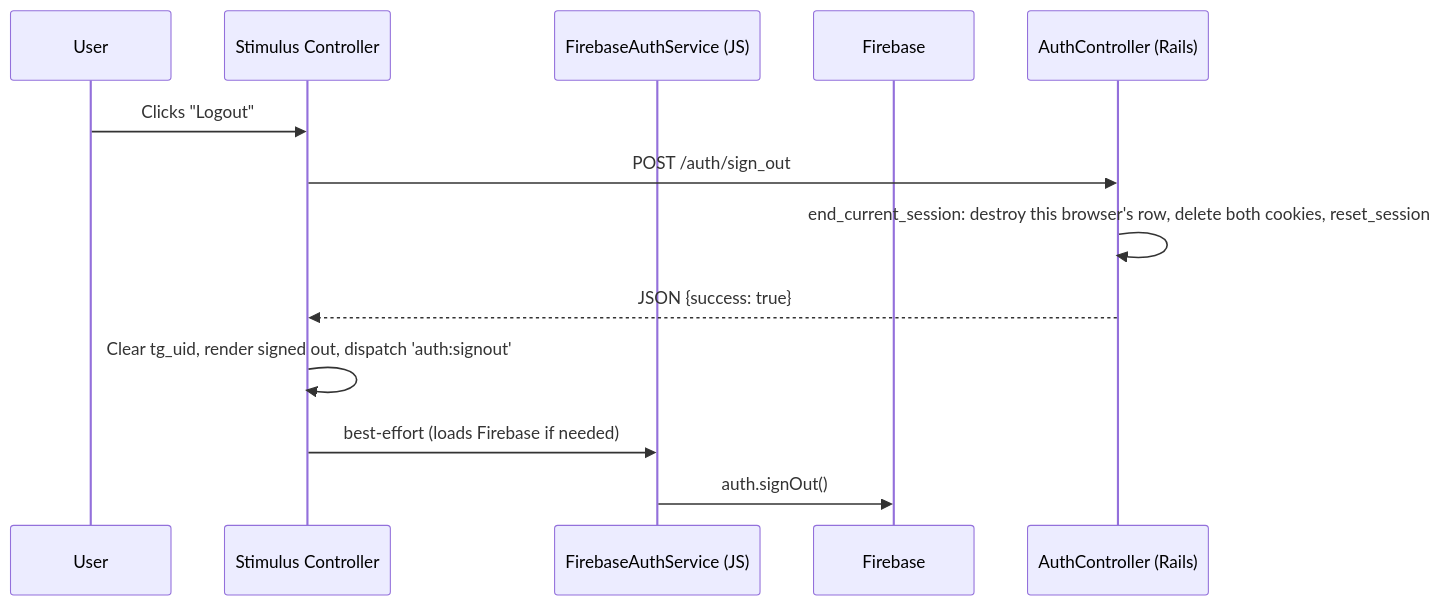
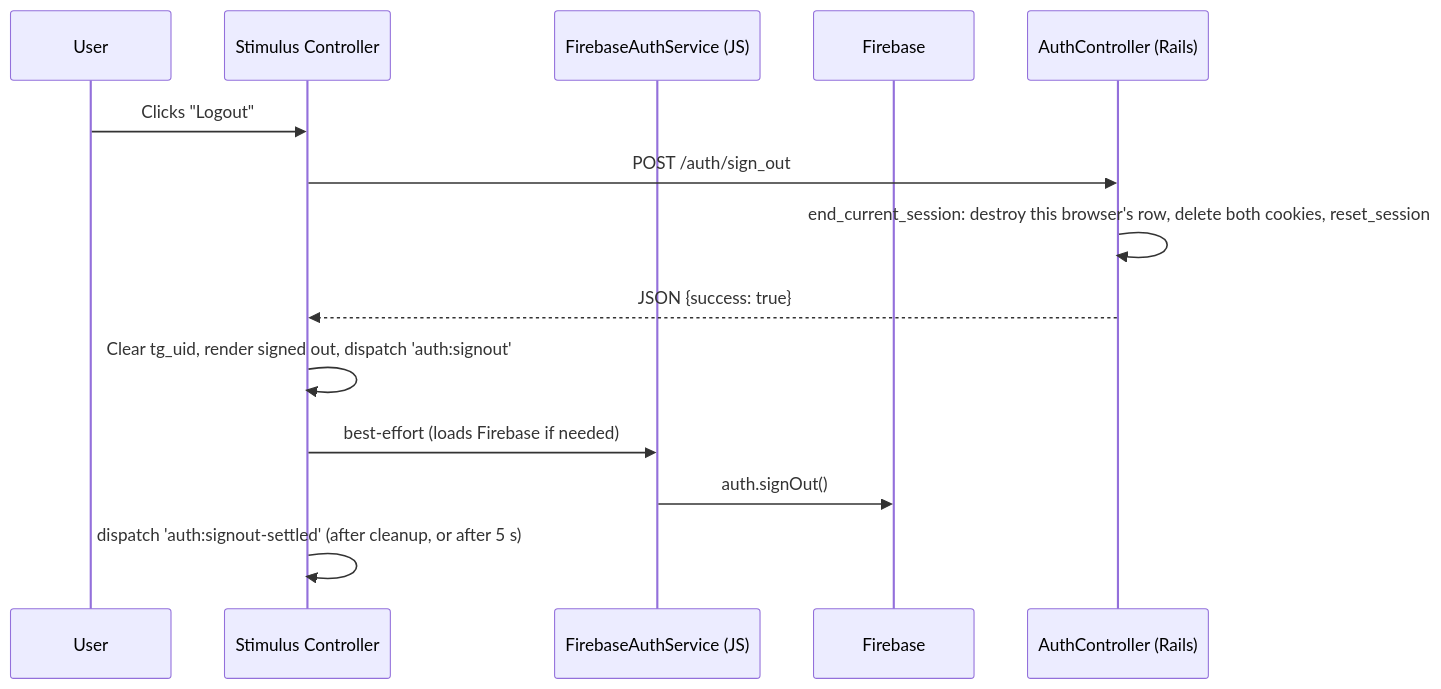
The second of 3 diagrams in docs/features/authentication.md (ssherman/the-greatest), drawn with Mermaid before and after one commit. The commit also changed other lines of this file and 4 other files, not shown here.

First line of the commit message:
Admin navigates after logout only once the Firebase sign-out has settled

````diff
--- a/docs/features/authentication.md
+++ b/docs/features/authentication.md
@@ -55,16 +55,17 @@
 ```mermaid
 sequenceDiagram
     participant U as User
     participant S as Stimulus Controller
     participant FAS as FirebaseAuthService (JS)
     participant FB as Firebase
     participant RC as AuthController (Rails)
 
     U->>S: Clicks "Logout"
     S->>RC: POST /auth/sign_out
     RC->>RC: end_current_session: destroy this browser's row, delete both cookies, reset_session
     RC-->>S: JSON {success: true}
     S->>S: Clear tg_uid, render signed out, dispatch 'auth:signout'
     S->>FAS: best-effort (loads Firebase if needed)
     FAS->>FB: auth.signOut()
+    S->>S: dispatch 'auth:signout-settled' (after cleanup, or after 5 s)
 ```
````
